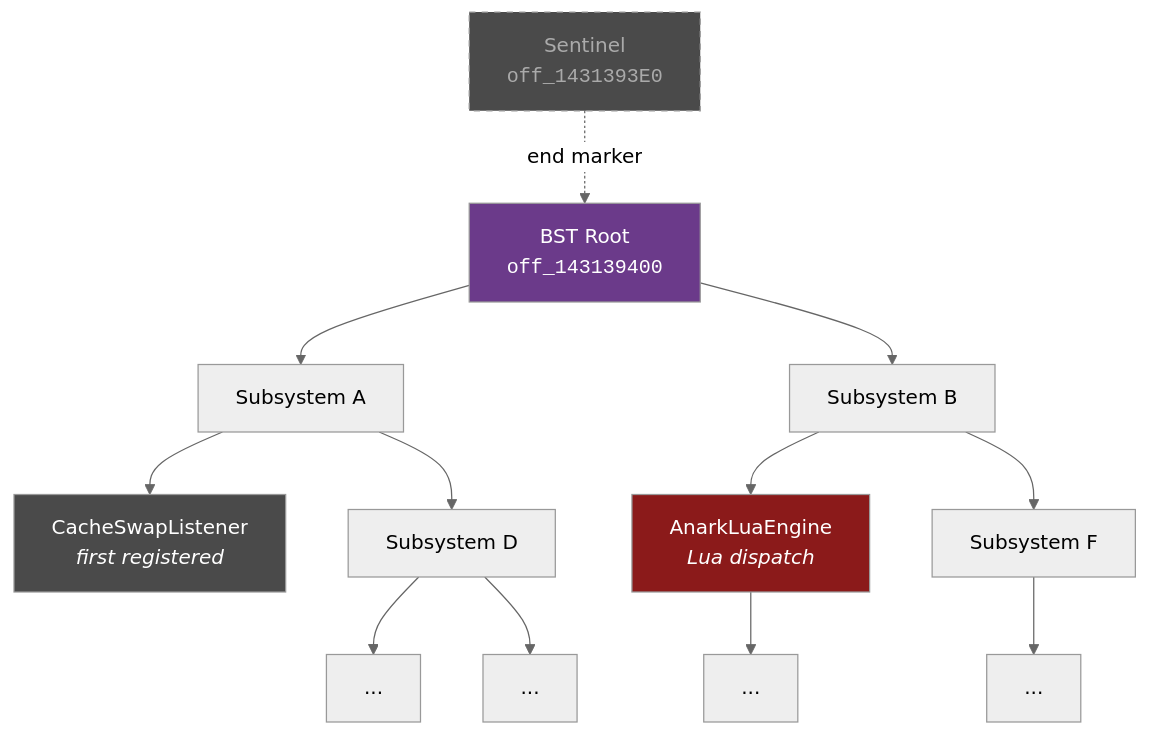
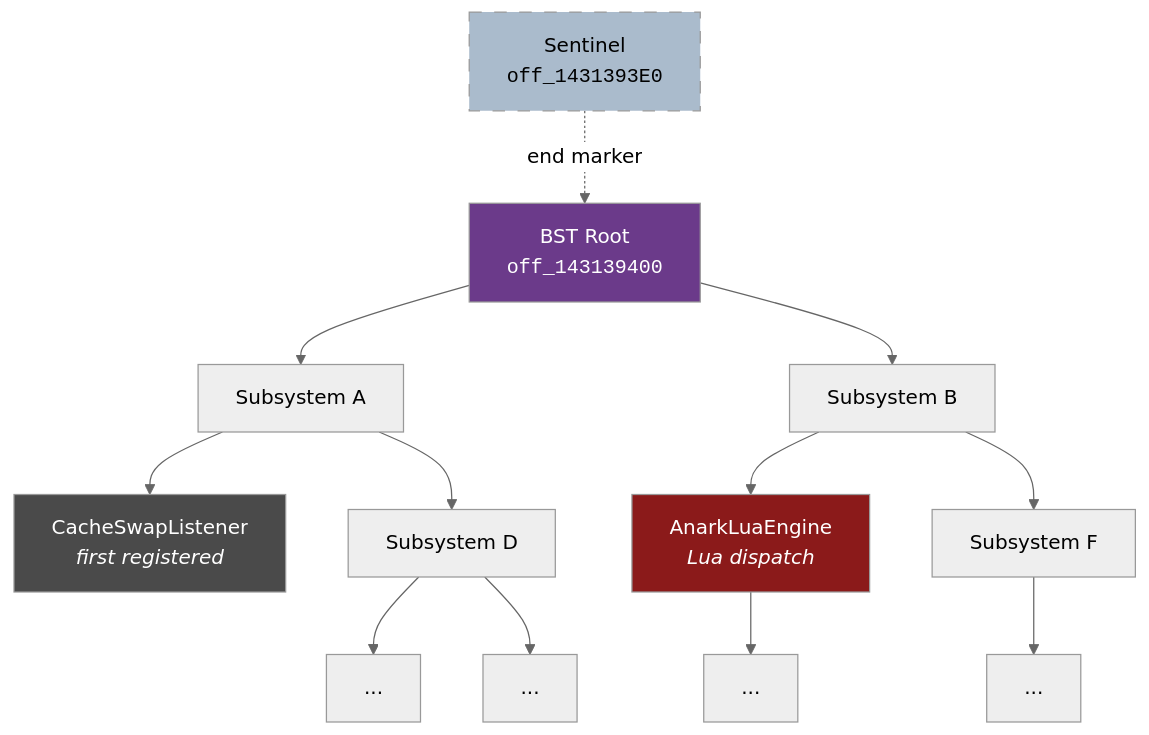
One commit to eg3r/X4Native changed the first of 6 diagrams in docs/rev/SUBSYSTEMS.md. Above: the diagram before and after it, drawn with Mermaid (neutral theme). The commit also changed other lines of this file and 8 other files, not shown here.

````diff
--- a/docs/rev/SUBSYSTEMS.md
+++ b/docs/rev/SUBSYSTEMS.md
@@ -17,20 +17,20 @@
 ```mermaid
 graph TD
     ROOT["BST Root\n<code>off_143139400</code>"] --> A["Subsystem A"]
     ROOT --> B["Subsystem B"]
     A --> C["CacheSwapListener\n<i>first registered</i>"]
     A --> D["Subsystem D"]
     B --> E["AnarkLuaEngine\n<i>Lua dispatch</i>"]
     B --> F["Subsystem F"]
     D --> G["..."]
     D --> H["..."]
     E --> I["..."]
     F --> J["..."]
 
     SENT["Sentinel\n<code>off_1431393E0</code>"] -.->|"end marker"| ROOT
 
     style ROOT fill:#6b3a8a,color:#fff
     style C fill:#4a4a4a,color:#fff
     style E fill:#8b1a1a,color:#fff
-    style SENT fill:#4a4a4a,color:#aaa,stroke-dasharray: 5 5
+    style SENT fill:#aabbcc,color:#000,stroke-dasharray: 10 10
 ```
````
